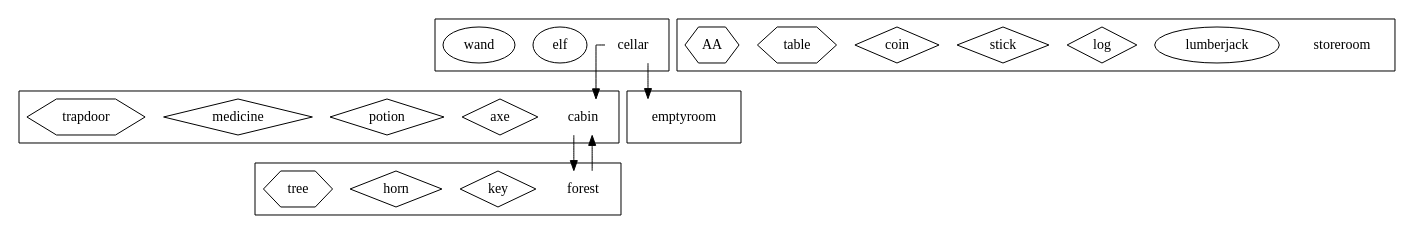
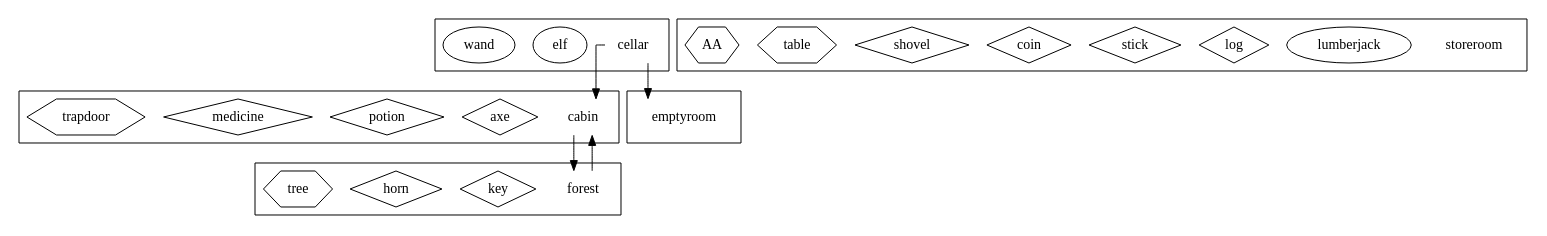
Before and after one commit to TomRaynes/Text-Adventure-Game-Engine: the diagram in config/testCustom-entities.dot, drawn with Graphviz. The commit also changed 19 other files, not shown here.

```diff
--- a/config/testCustom-entities.dot
+++ b/config/testCustom-entities.dot
@@ -1,85 +1,86 @@
 digraph layout {
     /* ortho splines just makes the arrows into straight lines (rather than curvy ones !) */
     splines = ortho;
     node [shape = "rect"];
 
     subgraph locations {
         subgraph cluster001 {
             node [shape = "none"];
             cabin [description = "A log cabin in the woods"];
             subgraph artefacts {
                 node [shape = "diamond"];
                 axe [description = "A razor sharp axe"];
                 potion [description = "Magic potion"];
                 medicine [description = "Some medicine"];
             }
             subgraph furniture {
                 node [shape = "hexagon"];
                 trapdoor [description = "Wooden trapdoor"];
             }
         }
 
         subgraph cluster002 {
             node [shape = "none"];
             forest [description = "A dark forest"];
             subgraph artefacts {
                 node [shape = "diamond"];
                 key [description = "Brass key"];
                 horn [description = "An old brass horn"];
             }
             subgraph furniture {
                 node [shape = "hexagon"];
                 tree [description = "A big tree"];
             }
         }
 
         subgraph cluster003 {
             node [shape = "none"];
             cellar [description = "A dusty cellar"]
             subgraph characters {
                 node [shape = "ellipse"];
                 elf [description = "Angry Elf"];
             }
             subgraph artefacts {
                 node [shape = "ellipse"];
                 wand [description = "A magic wand"];
             }
         }
 
         subgraph cluster004 {
             node [shape = "none"];
             emptyroom [description = "An empty room"]
             subgraph characters {
                 node [shape = "ellipse"];
             }
         }
 
         subgraph cluster999 {
             node [shape = "none"];
             storeroom [description = "Storage for any entities not placed in the game"]
             subgraph characters {
                 node [shape = "ellipse"];
                 lumberjack [description = "A burly wood cutter"];
             }
             subgraph artefacts {
                 node [shape = "diamond"];
                 log [description = "A heavy wooden log"];
                 stick [description = "A stick"];
                 coin [description = "A gold coin"];
+                shovel [description = "A sturdy shovel"];
 
             }
             subgraph furniture {
                 node [shape = "hexagon"];
                 table [description = "A table"];AA
             }
         }
     }
 
     subgraph paths {
         cabin -> forest;
         forest -> cabin;
         cellar -> cabin;
         cellar -> emptyroom;
     }
 
 }
```
